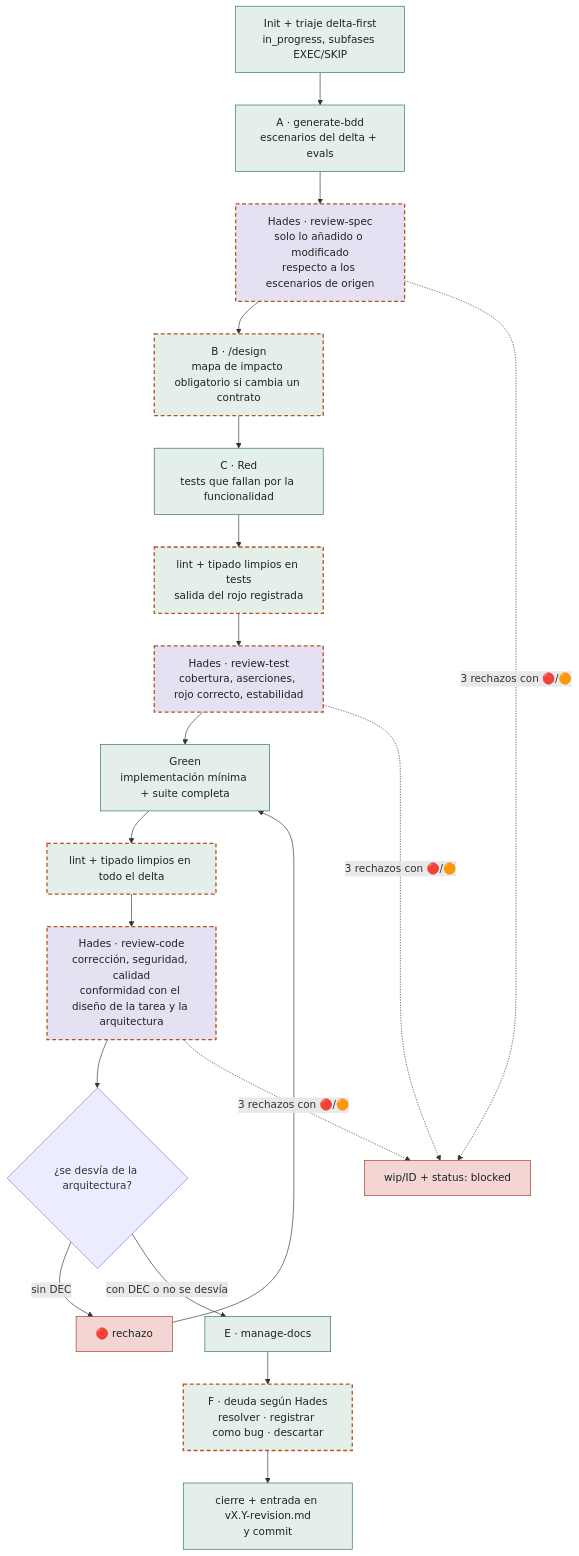
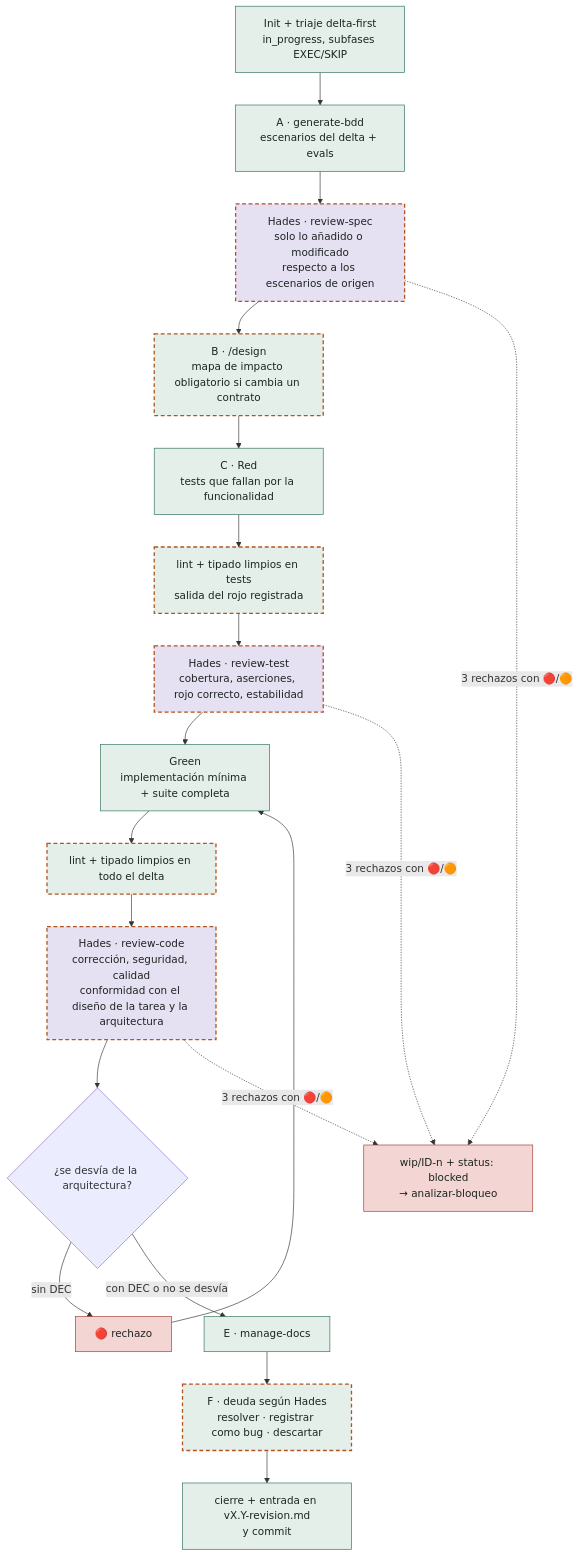
The third of 3 diagrams in docs/orquestacion.md (nereodata/nereoskills), drawn with Mermaid before and after one commit. The commit also changed other lines of this file and 4 other files, not shown here.

````diff
--- a/docs/orquestacion.md
+++ b/docs/orquestacion.md
@@ -82,31 +85,31 @@
 ```mermaid
 flowchart TD
   ini["Init + triaje delta-first<br/>in_progress, subfases EXEC/SKIP"] --> bdd["A · generate-bdd<br/>escenarios del delta + evals"]
   bdd --> rs["Hades · review-spec<br/>solo lo añadido o modificado<br/>respecto a los escenarios de origen"]
   rs --> dis["B · /design<br/>mapa de impacto obligatorio si cambia un contrato"]
   dis --> red["C · Red<br/>tests que fallan por la funcionalidad"]
   red --> pre1["lint + tipado limpios en tests<br/>salida del rojo registrada"]
   pre1 --> rtst["Hades · review-test<br/>cobertura, aserciones, rojo correcto, estabilidad"]
   rtst --> green["Green<br/>implementación mínima + suite completa"]
   green --> pre2["lint + tipado limpios en todo el delta"]
   pre2 --> rc["Hades · review-code<br/>corrección, seguridad, calidad<br/>conformidad con el diseño de la tarea y la arquitectura"]
   rc --> q{"¿se desvía de la arquitectura?"}
   q -- "sin DEC" --> rojo["🔴 rechazo"]
   rojo --> green
   q -- "con DEC o no se desvía" --> docs["E · manage-docs"]
   docs --> deu["F · deuda según Hades<br/>resolver · registrar como bug · descartar"]
   deu --> cie["cierre + entrada en vX.Y-revision.md<br/>y commit"]
-  rs -. "3 rechazos con 🔴/🟠" .-> blk["wip/ID + status: blocked"]
+  rs -. "3 rechazos con 🔴/🟠" .-> blk["wip/ID-n + status: blocked<br/>→ analizar-bloqueo"]
   rtst -. "3 rechazos con 🔴/🟠" .-> blk
   rc -. "3 rechazos con 🔴/🟠" .-> blk
 
   classDef paso fill:#e4efe9,stroke:#2f6f5e,color:#1d2421
   classDef hades fill:#e6e0f3,stroke:#5b4a8a,color:#1d2421
   classDef stop fill:#f3d6d3,stroke:#a33a2f,color:#1d2421
   classDef nuevo fill:#e4efe9,stroke:#b3541e,stroke-width:2px,stroke-dasharray:6 4,color:#1d2421
   classDef hnuevo fill:#e6e0f3,stroke:#b3541e,stroke-width:2px,stroke-dasharray:6 4,color:#1d2421
   class ini,bdd,red,green,docs,cie paso
   class dis,pre1,pre2,deu nuevo
   class rs,rtst,rc hnuevo
   class rojo,blk stop
 ```
````
